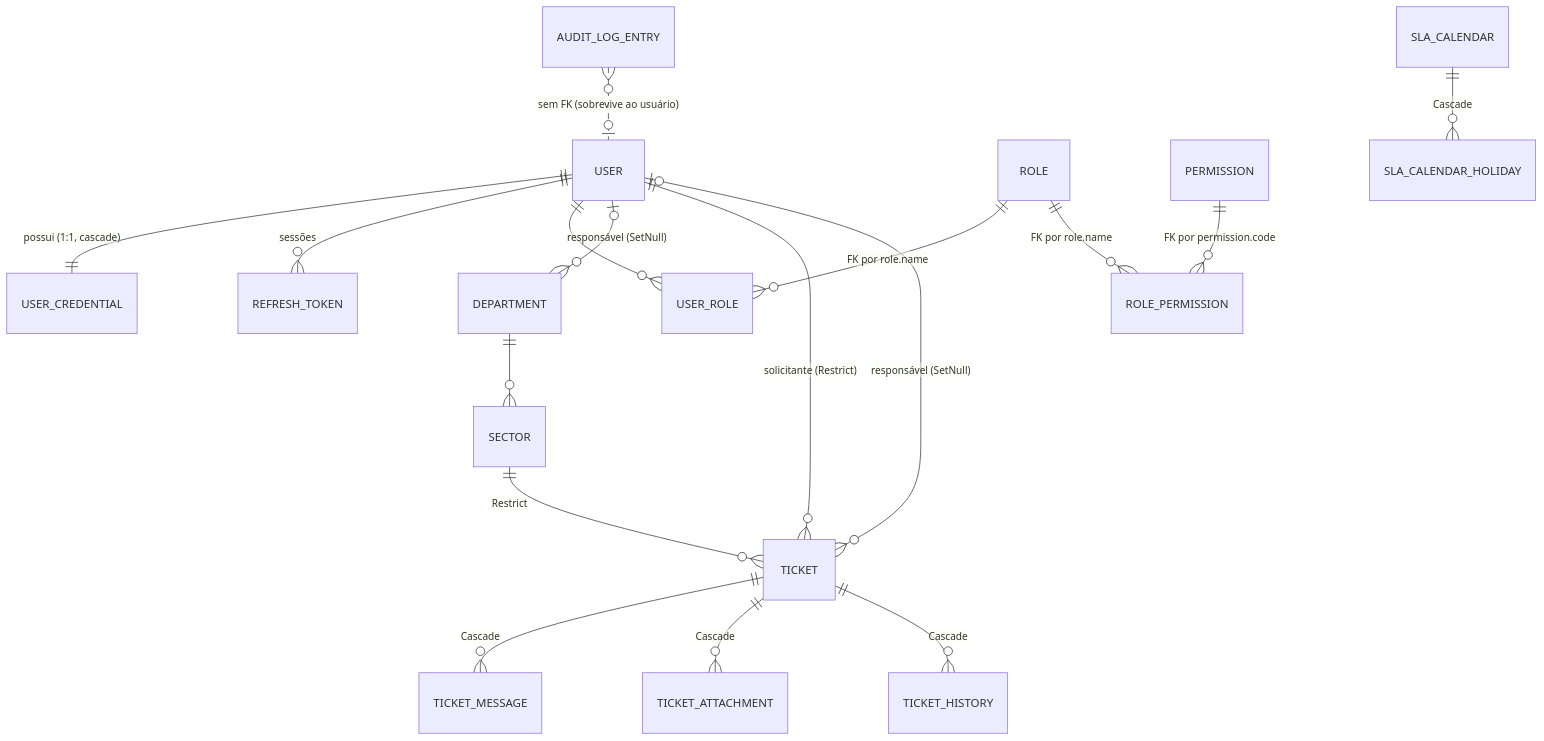
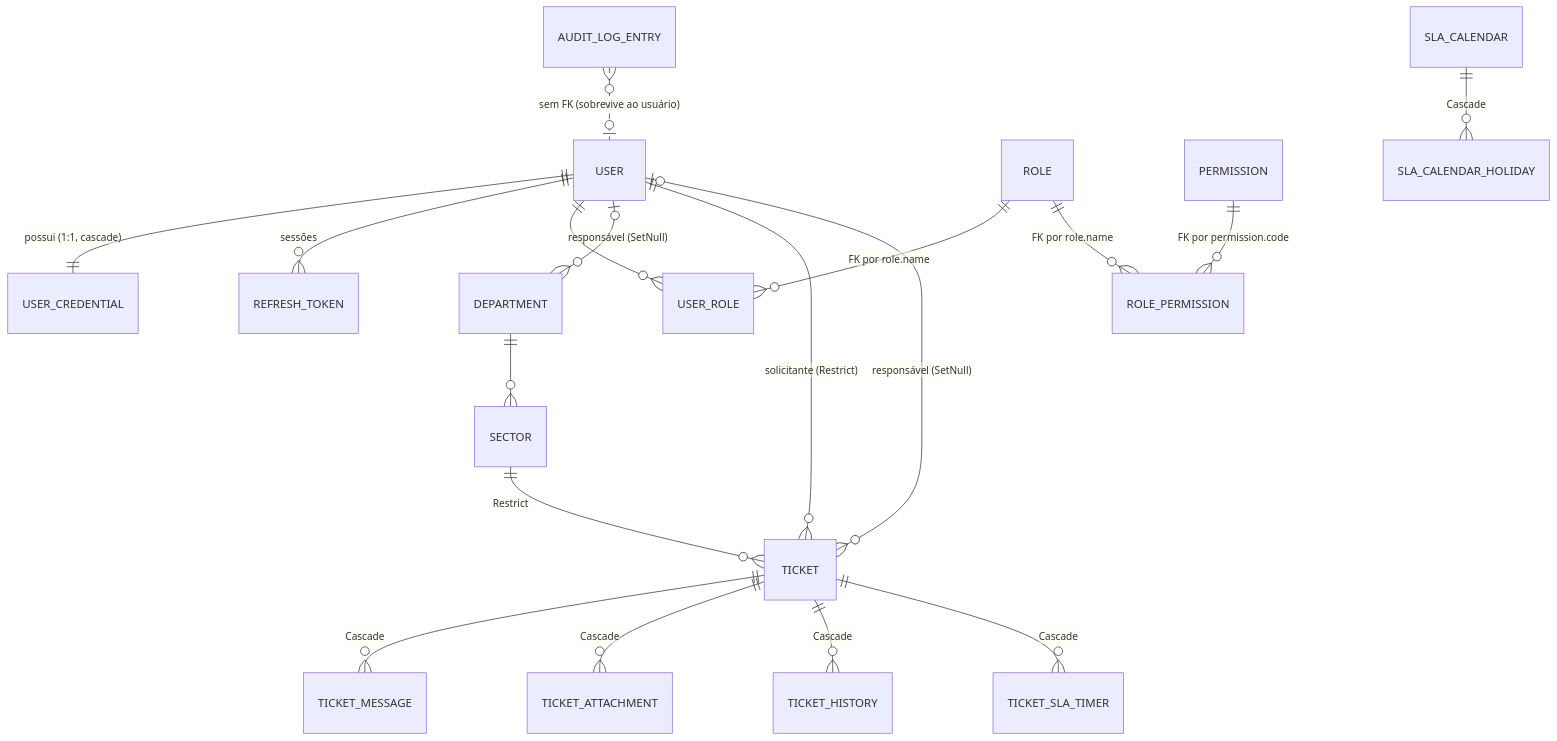
One commit to rafaelps15/tickest-pristine changed the first of 7 diagrams in SYSTEM_SPECIFICATION.md. Above: the diagram before and after it, drawn with Mermaid. The commit also changed other lines of this file and 1 other file, not shown here.

````diff
--- a/SYSTEM_SPECIFICATION.md
+++ b/SYSTEM_SPECIFICATION.md
@@ -128,19 +128,20 @@
 ```mermaid
 erDiagram
     USER ||--|| USER_CREDENTIAL : "possui (1:1, cascade)"
     USER ||--o{ REFRESH_TOKEN : "sessões"
     USER ||--o{ USER_ROLE : ""
     ROLE ||--o{ USER_ROLE : "FK por role.name"
     ROLE ||--o{ ROLE_PERMISSION : "FK por role.name"
     PERMISSION ||--o{ ROLE_PERMISSION : "FK por permission.code"
     DEPARTMENT ||--o{ SECTOR : ""
     USER |o--o{ DEPARTMENT : "responsável (SetNull)"
     SECTOR ||--o{ TICKET : "Restrict"
     USER ||--o{ TICKET : "solicitante (Restrict)"
     USER |o--o{ TICKET : "responsável (SetNull)"
     TICKET ||--o{ TICKET_MESSAGE : "Cascade"
     TICKET ||--o{ TICKET_ATTACHMENT : "Cascade"
     TICKET ||--o{ TICKET_HISTORY : "Cascade"
     AUDIT_LOG_ENTRY }o..o| USER : "sem FK (sobrevive ao usuário)"
     SLA_CALENDAR ||--o{ SLA_CALENDAR_HOLIDAY : "Cascade"
+    TICKET ||--o{ TICKET_SLA_TIMER : "Cascade"
 ```
````
